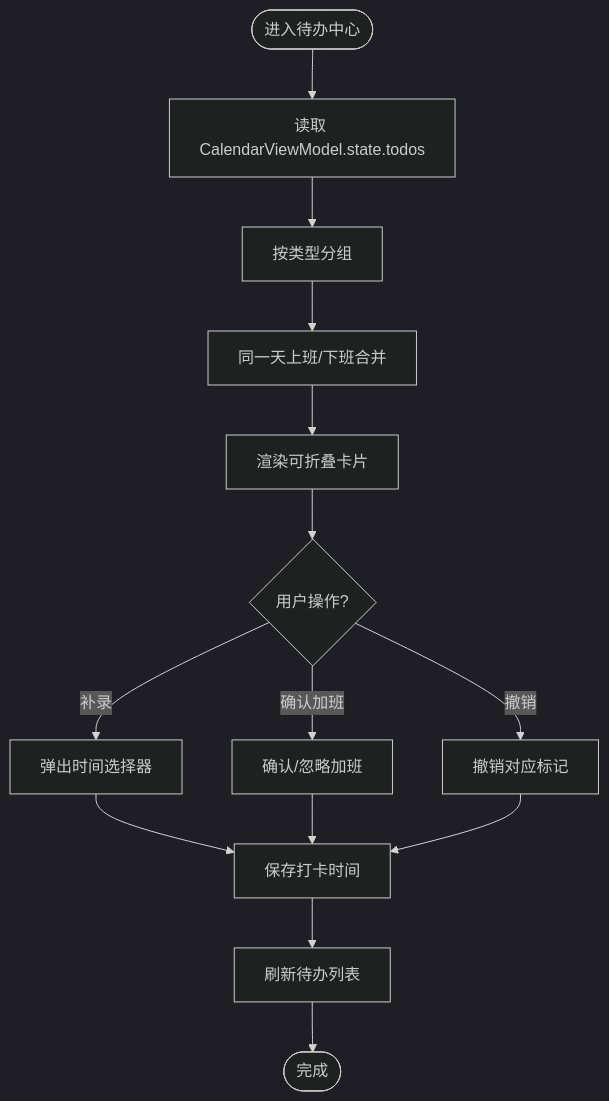
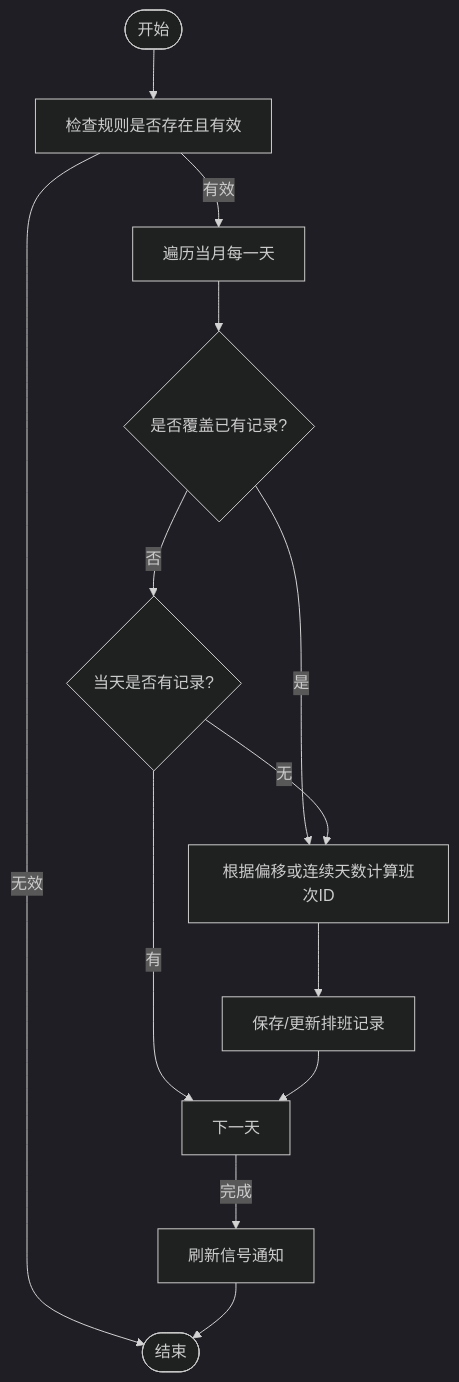
Before and after one commit to xiaobai860/paibanrili: the fourth of 7 diagrams in .qoder/repowiki/zh/content/核心功能模块/核心功能模块.md, drawn with Mermaid (dark theme). The commit also changed other lines of this file and 245 other files, not shown here.

````diff
--- a/.qoder/repowiki/zh/content/核心功能模块/核心功能模块.md
+++ b/.qoder/repowiki/zh/content/核心功能模块/核心功能模块.md
@@ -233,16 +263,15 @@
 ```mermaid
 flowchart TD
-Start(["进入待办中心"]) --> LoadState["读取 CalendarViewModel.state.todos"]
-LoadState --> GroupByType["按类型分组"]
-GroupByType --> MergeSameDay["同一天上班/下班合并"]
-MergeSameDay --> RenderCards["渲染可折叠卡片"]
-RenderCards --> UserAction{"用户操作?"}
-UserAction --> |补录| FillDialog["弹出时间选择器"]
-UserAction --> |确认加班| ConfirmDialog["确认/忽略加班"]
-UserAction --> |撤销| UndoAction["撤销对应标记"]
-FillDialog --> SaveRecord["保存打卡时间"]
-ConfirmDialog --> SaveRecord
-UndoAction --> SaveRecord
-SaveRecord --> Refresh["刷新待办列表"]
-Refresh --> End(["完成"])
+Start(["开始"]) --> CheckRule["检查规则是否存在且有效"]
+CheckRule --> |无效| End(["结束"])
+CheckRule --> |有效| IterateDays["遍历当月每一天"]
+IterateDays --> Overwrite{"是否覆盖已有记录?"}
+Overwrite --> |是| ApplyShift["根据偏移或连续天数计算班次ID"]
+Overwrite --> |否| SkipIfExist{"当天是否有记录?"}
+SkipIfExist --> |有| NextDay["下一天"]
+SkipIfExist --> |无| ApplyShift
+ApplyShift --> SaveRecord["保存/更新排班记录"]
+SaveRecord --> NextDay
+NextDay --> |完成| Notify["刷新信号通知"]
+Notify --> End
 ```
````
